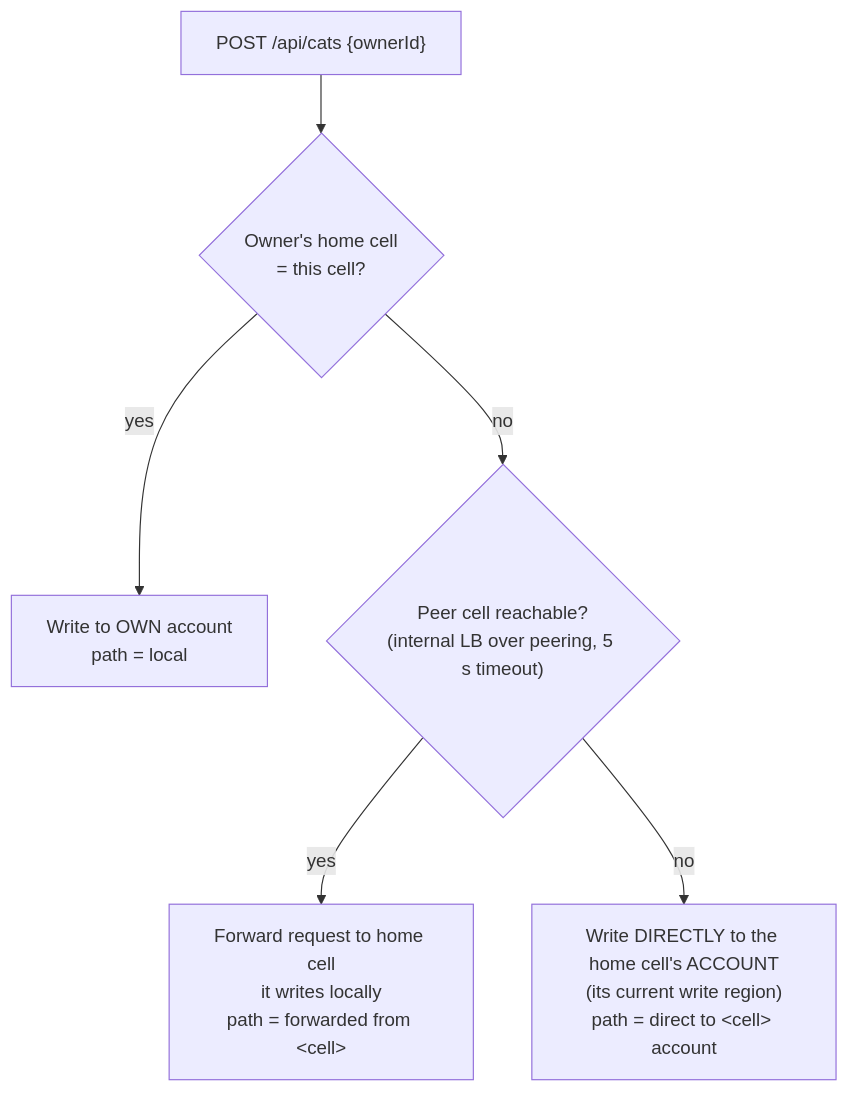
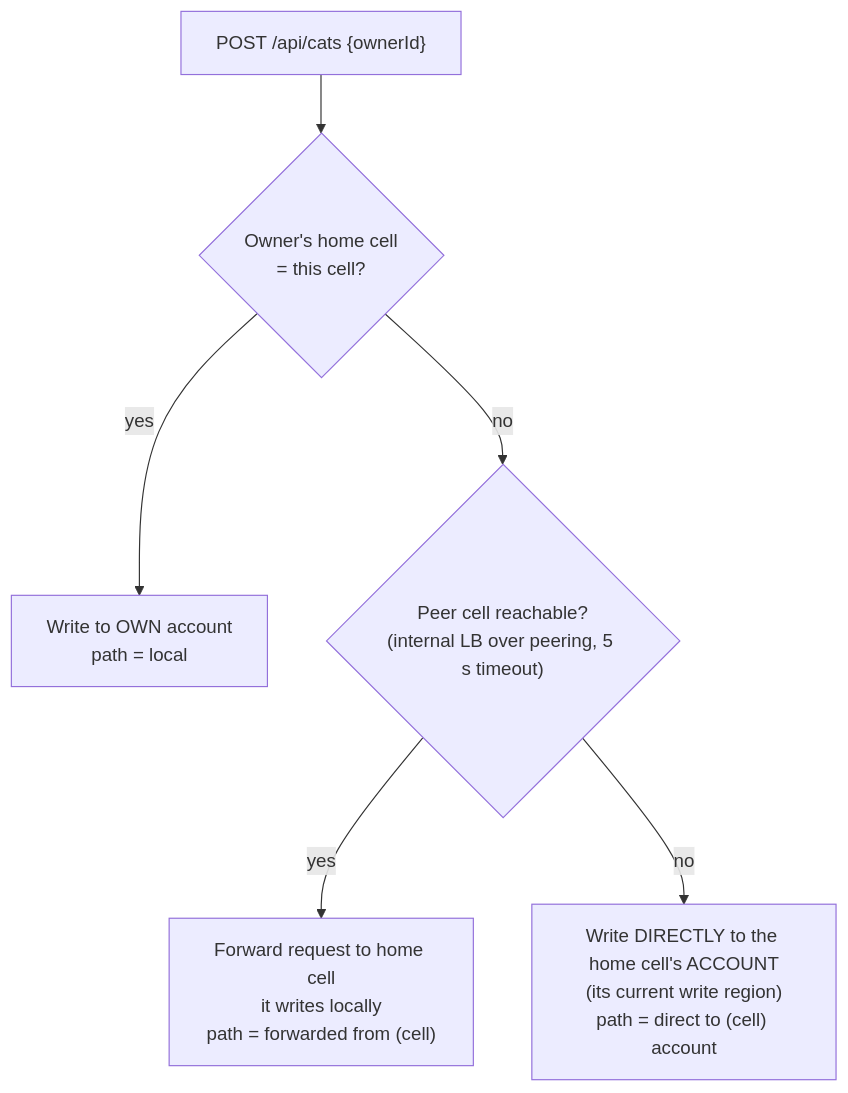
Before and after one commit to wshamroukh/aks-multiregion-cosmos-afd: the fifth of 10 diagrams in README.md, drawn with Mermaid. The commit also changed other lines of this file, not shown here.

Commit message:
Fix Mermaid diagrams (semicolons break parsing)

````diff
--- a/README.md
+++ b/README.md
@@ -218,8 +218,8 @@
 ```mermaid
 flowchart TD
     REQ["POST /api/cats {ownerId}"] --> H{"Owner's home cell<br/>= this cell?"}
     H -->|yes| L["Write to OWN account<br/>path = local"]
     H -->|no| F{"Peer cell reachable?<br/>(internal LB over peering, 5 s timeout)"}
-    F -->|yes| FW["Forward request to home cell<br/>it writes locally<br/>path = forwarded from &lt;cell&gt;"]
-    F -->|no| D["Write DIRECTLY to the home cell's ACCOUNT<br/>(its current write region)<br/>path = direct to &lt;cell&gt; account"]
+    F -->|yes| FW["Forward request to home cell<br/>it writes locally<br/>path = forwarded from (cell)"]
+    F -->|no| D["Write DIRECTLY to the home cell's ACCOUNT<br/>(its current write region)<br/>path = direct to (cell) account"]
 ```
````
